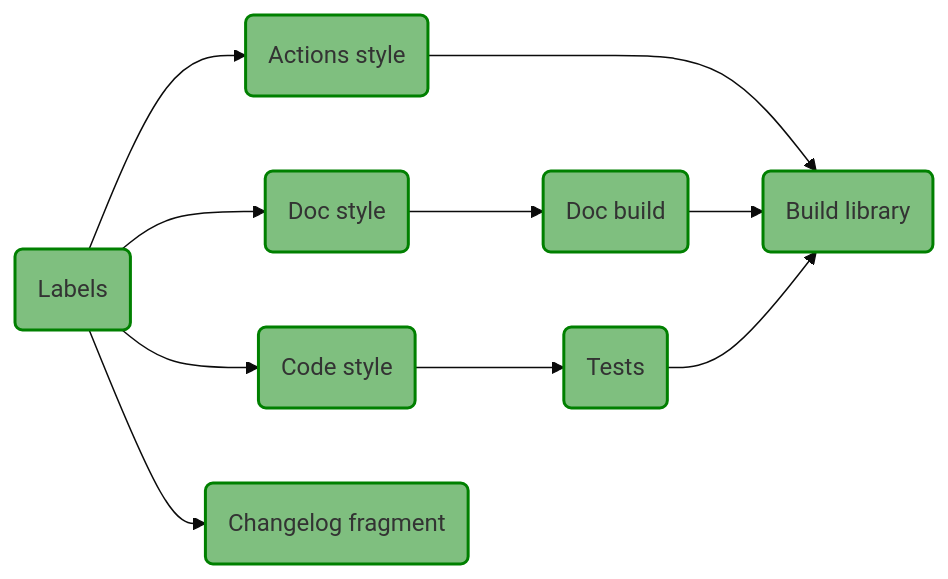
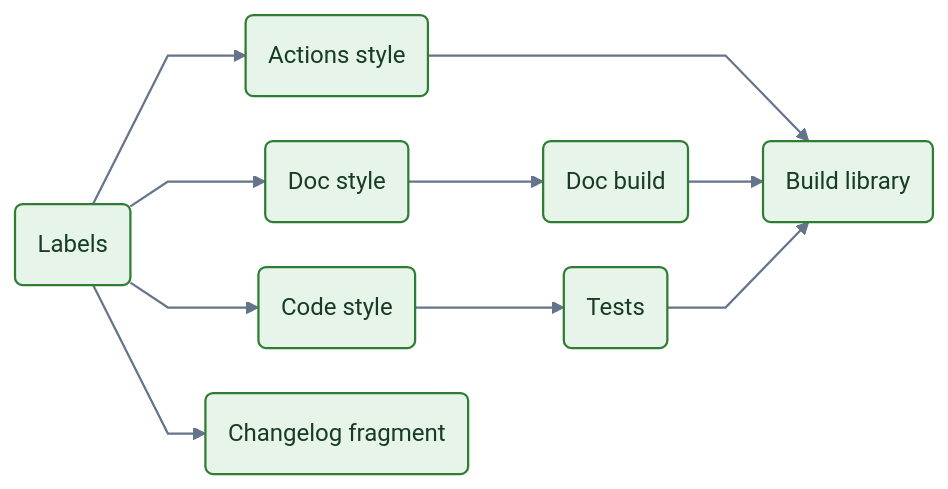
Before and after one commit to ansys/actions: the first of 3 diagrams in README.md, drawn with Mermaid (base theme).

Commit message:
docs: try new style

````diff
--- a/README.md
+++ b/README.md
@@ -33,12 +33,17 @@
 ```mermaid
+%%{init: {"flowchart": {"curve": "linear", "nodeSpacing": 30, "rankSpacing": 50}}}%%
 graph LR
+    accTitle: Pull Request Validation Workflow
+    accDescr: Labels precedes all style checks and the changelog fragment check. Doc style precedes Doc build, and Code style precedes Tests. Build library depends on Doc build, Tests, and Actions style.
+
     A(Labels) --> B(Doc style) & C(Code style) & D(Actions style)
     A --> E(Changelog fragment)
     B --> F(Doc build)
     C --> G(Tests)
     D ---> H
     F & G --> H(Build library)
 
-    classDef green fill:green, fill-opacity:0.5, stroke:green, stroke-width:2
+    classDef green fill:#e6f4ea,color:#173b24,stroke:#2e7d32,stroke-width:1.5px
     class A,B,C,D,E,F,G,H green
+    linkStyle default stroke:#64748b,stroke-width:1.5px
 ```
````
